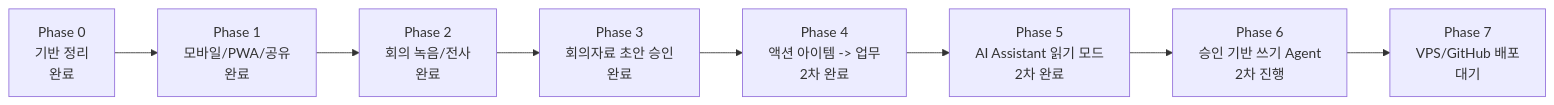
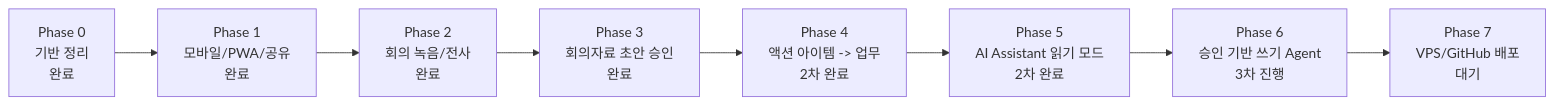
Before and after one commit to naral3221-dotcom/intruth.com: the diagram in docs/PHASE_PROGRESS.md, drawn with Mermaid. The commit also changed other lines of this file and 13 other files, not shown here.

````diff
--- a/docs/PHASE_PROGRESS.md
+++ b/docs/PHASE_PROGRESS.md
@@ -10,10 +10,10 @@
 ```mermaid
 flowchart LR
   P0["Phase 0\n기반 정리\n완료"] --> P1["Phase 1\n모바일/PWA/공유\n완료"]
   P1 --> P2["Phase 2\n회의 녹음/전사\n완료"]
   P2 --> P3["Phase 3\n회의자료 초안 승인\n완료"]
   P3 --> P4["Phase 4\n액션 아이템 -> 업무\n2차 완료"]
   P4 --> P5["Phase 5\nAI Assistant 읽기 모드\n2차 완료"]
-  P5 --> P6["Phase 6\n승인 기반 쓰기 Agent\n2차 진행"]
+  P5 --> P6["Phase 6\n승인 기반 쓰기 Agent\n3차 진행"]
   P6 --> P7["Phase 7\nVPS/GitHub 배포\n대기"]
 ```
````
